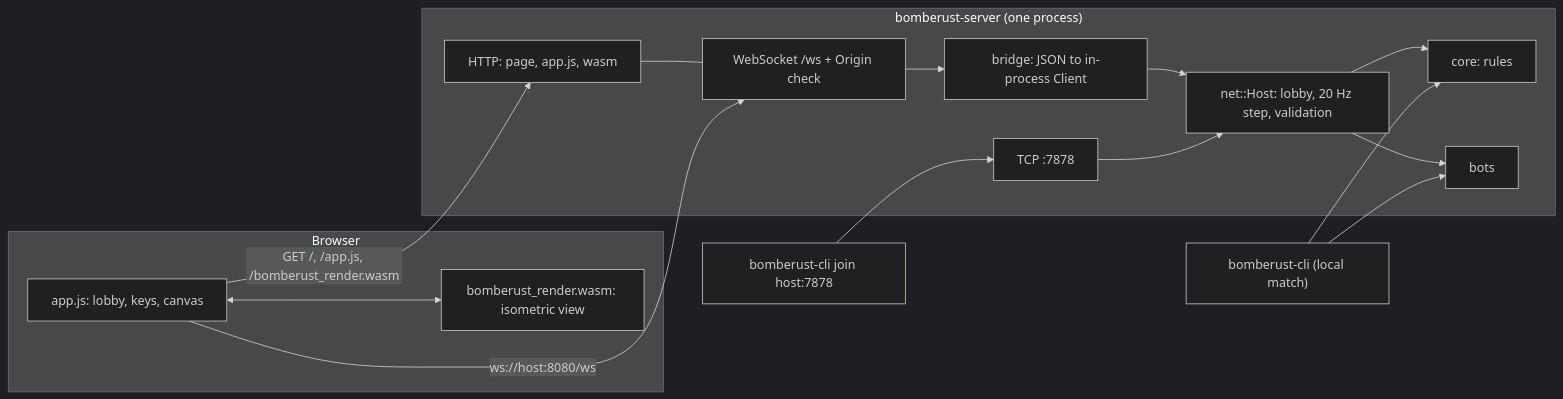
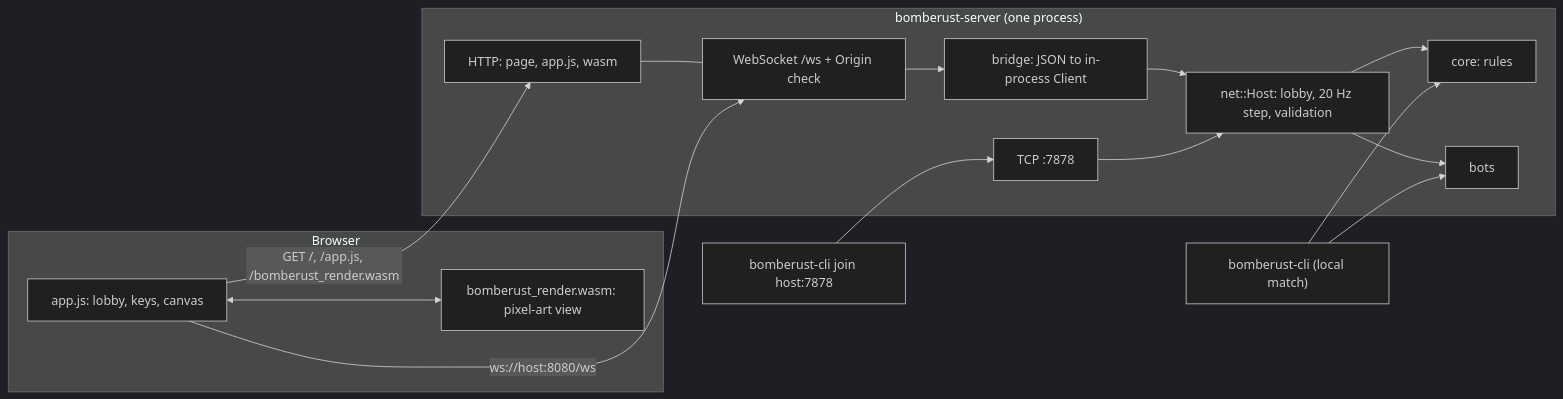
Before and after one commit to AmarOk1412/Eksplode.re: the first of 2 diagrams in docs/ARCHITECTURE.md, drawn with Mermaid (dark theme). The commit also changed other lines of this file and 3 other files, not shown here.

First line of the commit message:
docs: describe the top-down pixel-art view

````diff
--- a/docs/ARCHITECTURE.md
+++ b/docs/ARCHITECTURE.md
@@ -25,19 +25,19 @@
 ```mermaid
 flowchart LR
   subgraph Browser
-    JS["app.js: lobby, keys, canvas"] <--> WASM["bomberust_render.wasm: isometric view"]
+    JS["app.js: lobby, keys, canvas"] <--> WASM["bomberust_render.wasm: pixel-art view"]
   end
   subgraph Server["bomberust-server (one process)"]
     HTTP["HTTP: page, app.js, wasm"] --- WS["WebSocket /ws + Origin check"]
     WS --> BR["bridge: JSON to in-process Client"]
     BR --> HOST
     TCP["TCP :7878"] --> HOST["net::Host: lobby, 20 Hz step, validation"]
     HOST --> CORE["core: rules"]
     HOST --> BOTS["bots"]
   end
   JS -- "GET /, /app.js, /bomberust_render.wasm" --> HTTP
   JS -- "ws://host:8080/ws" --> WS
   CLI["bomberust-cli join host:7878"] --> TCP
   LOCAL["bomberust-cli (local match)"] --> CORE
   LOCAL --> BOTS
 ```
````
